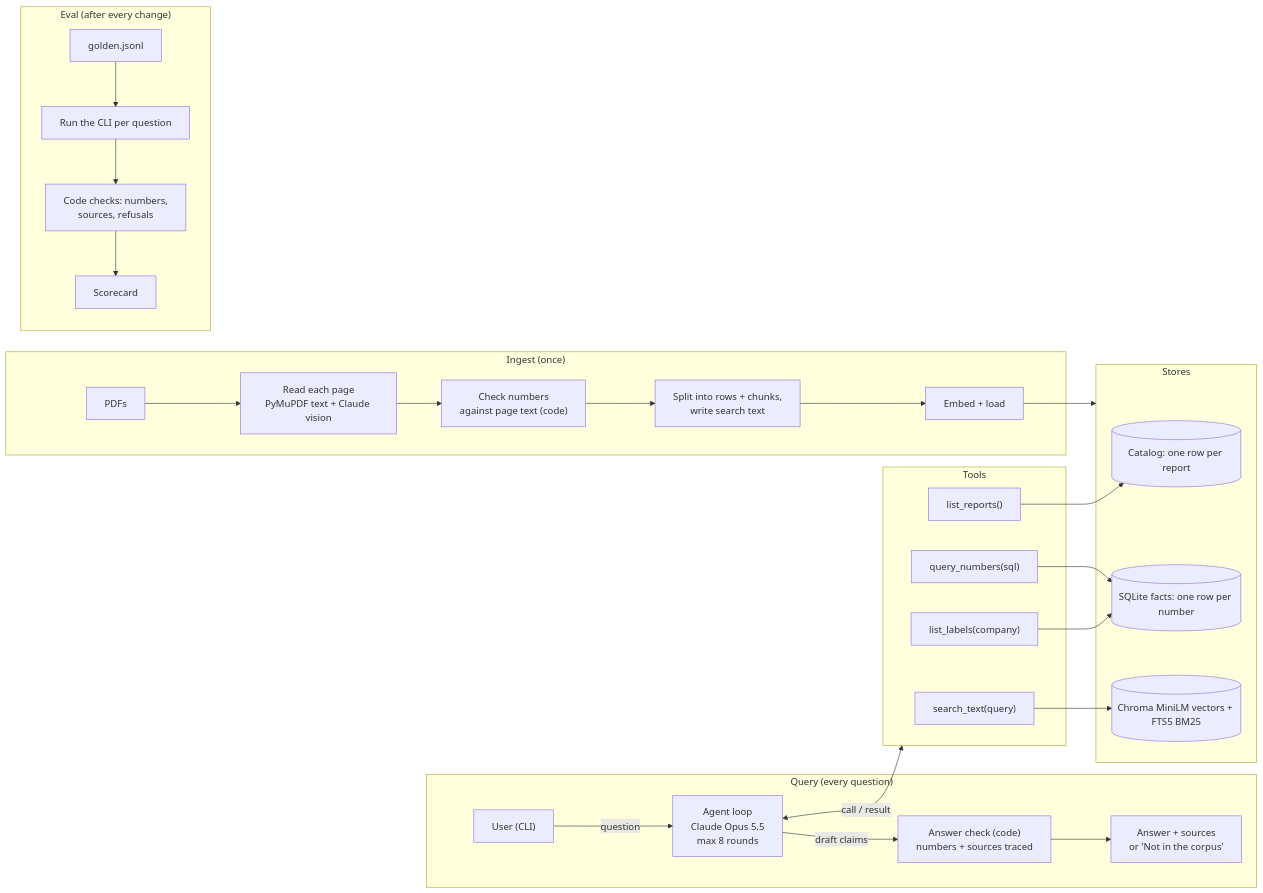
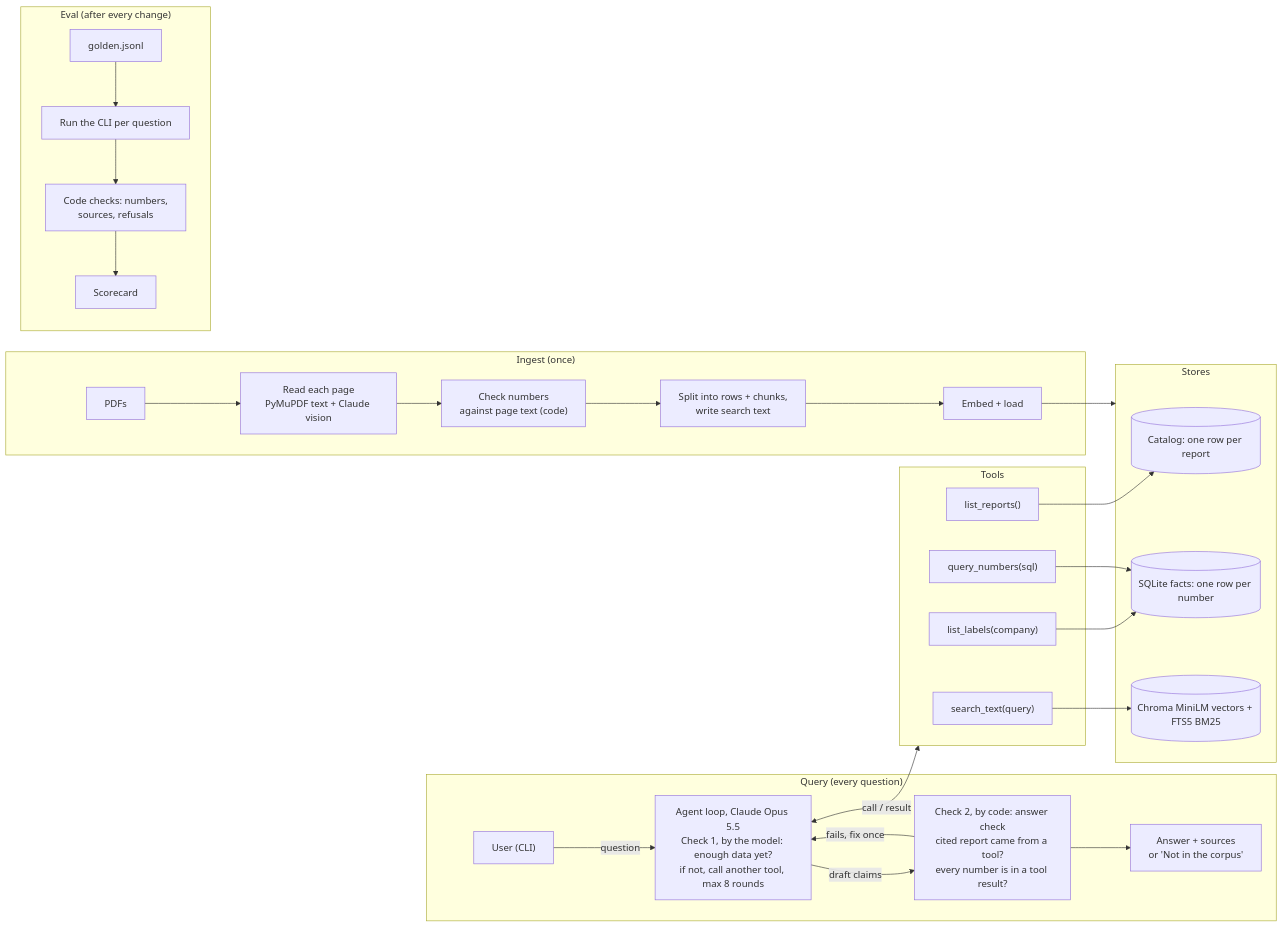
The diagram in README.md (RizzwareEngineer/grounded-financial-analyst), drawn with Mermaid before and after one commit. The commit also changed other lines of this file and 5 other files, not shown here.

First line of the commit message:
Put the Excalidraw diagram, walkthrough and dropdown Q&A in the README

````diff
--- a/README.md
+++ b/README.md
@@ -11,31 +17,32 @@
 ```mermaid
 flowchart LR
   subgraph Q["Query (every question)"]
-    U["User (CLI)"] -->|question| A["Agent loop<br/>Claude Opus 5.5<br/>max 8 rounds"]
-    A -->|draft claims| C["Answer check (code)<br/>numbers + sources traced"]
+    U["User (CLI)"] -->|question| A["Agent loop, Claude Opus 5.5<br/>Check 1, by the model: enough data yet?<br/>if not, call another tool, max 8 rounds"]
+    A -->|draft claims| C["Check 2, by code: answer check<br/>cited report came from a tool?<br/>every number is in a tool result?"]
+    C -->|fails, fix once| A
     C --> O["Answer + sources<br/>or 'Not in the corpus'"]
   end
   subgraph T["Tools"]
     T1["list_reports()"]
     T2["list_labels(company)"]
     T3["query_numbers(sql)"]
     T4["search_text(query)"]
   end
   subgraph S["Stores"]
     S1[("Catalog: one row per report")]
     S2[("SQLite facts: one row per number")]
     S3[("Chroma MiniLM vectors + FTS5 BM25")]
   end
   A <-->|call / result| T
   T1 --> S1
   T2 --> S2
   T3 --> S2
   T4 --> S3
   subgraph I["Ingest (once)"]
     P["PDFs"] --> R["Read each page<br/>PyMuPDF text + Claude vision"] --> K["Check numbers<br/>against page text (code)"] --> X["Split into rows + chunks,<br/>write search text"] --> L["Embed + load"]
   end
   L --> S
   subgraph E["Eval (after every change)"]
     G["golden.jsonl"] --> E1["Run the CLI per question"] --> E2["Code checks: numbers,<br/>sources, refusals"] --> E3["Scorecard"]
   end
 ```
````
